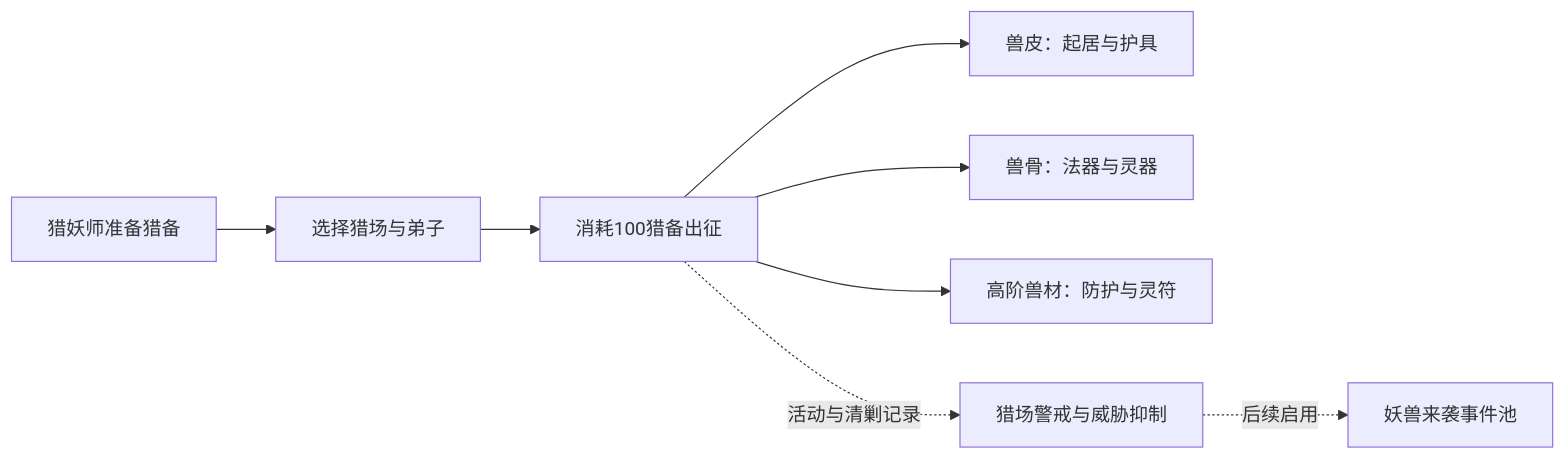
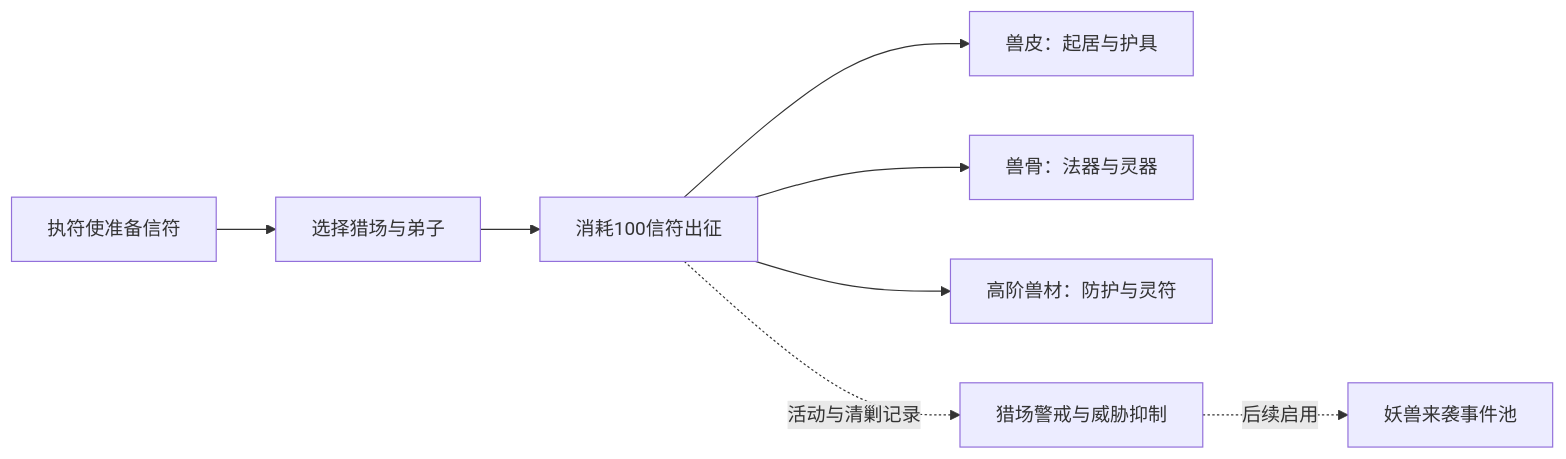
The diagram in docs/BEAST-SYSTEM.md (YangGP/Slack-Off-Sect), drawn with Mermaid before and after one commit. The commit also changed other lines of this file and 35 other files, not shown here.

````diff
--- a/docs/BEAST-SYSTEM.md
+++ b/docs/BEAST-SYSTEM.md
@@ -15,10 +15,10 @@
 ```mermaid
 flowchart LR
-    A[猎妖师准备猎备] --> B[选择猎场与弟子]
-    B --> C[消耗100猎备出征]
+    A[执符使准备信符] --> B[选择猎场与弟子]
+    B --> C[消耗100信符出征]
     C --> D[兽皮：起居与护具]
     C --> E[兽骨：法器与灵器]
     C --> F[高阶兽材：防护与灵符]
     C -. 活动与清剿记录 .-> G[猎场警戒与威胁抑制]
     G -. 后续启用 .-> H[妖兽来袭事件池]
 ```
````
